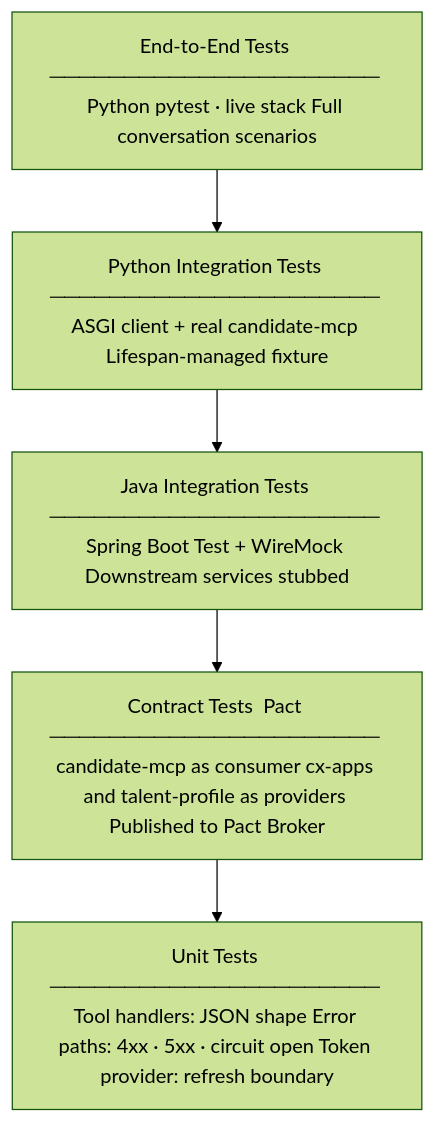
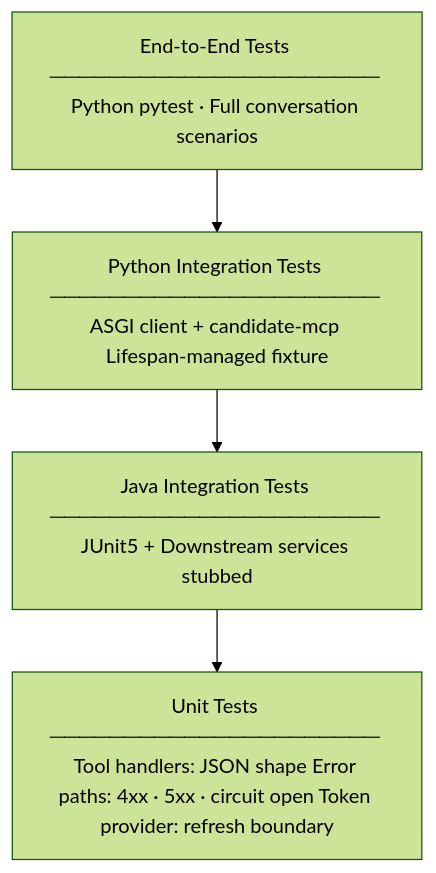
Before and after one commit to venkat-raman17/candidate-agent: diagram 30 of 31 in LLD_POST_APPLY_ASSISTANT.md, drawn with Mermaid (forest theme). The commit also changed other lines of this file, not shown here.

````diff
--- a/LLD_POST_APPLY_ASSISTANT.md
+++ b/LLD_POST_APPLY_ASSISTANT.md
@@ -1831,13 +1806,11 @@
 ```mermaid
 flowchart TB
-    E2E["End-to-End Tests ────────────────────── Python pytest · live stack Full conversation scenarios"]
-    INT_PY["Python Integration Tests ────────────────────── ASGI client + real candidate-mcp Lifespan-managed fixture"]
-    INT_JAVA["Java Integration Tests ────────────────────── Spring Boot Test + WireMock Downstream services stubbed"]
-    CONTRACT["Contract Tests  Pact ────────────────────── candidate-mcp as consumer cx-apps and talent-profile as providers Published to Pact Broker"]
+    E2E["End-to-End Tests ────────────────────── Python pytest · Full conversation scenarios"]
+    INT_PY["Python Integration Tests ────────────────────── ASGI client + candidate-mcp Lifespan-managed fixture"]
+    INT_JAVA["Java Integration Tests ────────────────────── JUnit5 + Downstream services stubbed"]
     UNIT["Unit Tests ────────────────────── Tool handlers: JSON shape Error paths: 4xx · 5xx · circuit open Token provider: refresh boundary"]
 
     E2E --> INT_PY
     INT_PY --> INT_JAVA
-    INT_JAVA --> CONTRACT
-    CONTRACT --> UNIT
+    INT_JAVA --> UNIT
 ```
````
